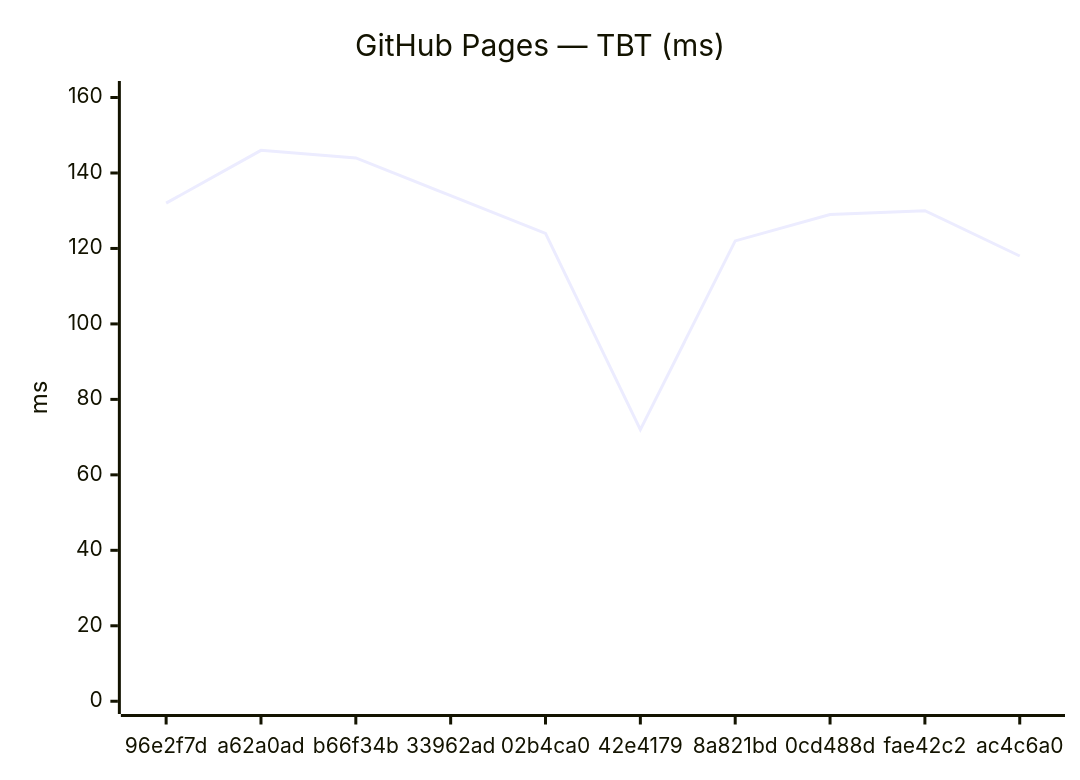
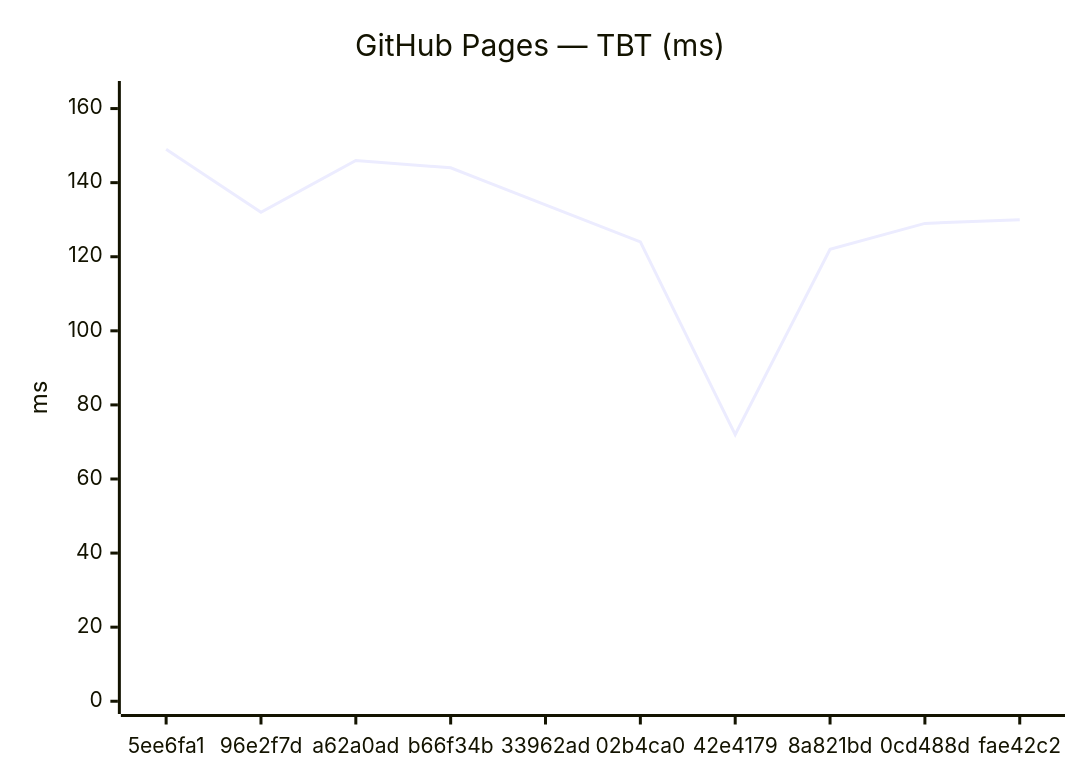
One commit to Metaheurist/Rianell changed the fourth of 18 diagrams in benchmarks/compare.md. Above: the diagram before and after it, drawn with Mermaid. The commit also changed other lines of this file and 11 other files, not shown here.

````diff
--- a/benchmarks/compare.md
+++ b/benchmarks/compare.md
@@ -61,7 +61,7 @@
 ```mermaid
 xychart-beta
     title "GitHub Pages — TBT (ms)"
-    x-axis ["96e2f7d", "a62a0ad", "b66f34b", "33962ad", "02b4ca0", "42e4179", "8a821bd", "0cd488d", "fae42c2", "ac4c6a0"]
-    y-axis "ms" 0 --> 161
-    line [132, 146, 144, 134, 124, 72, 122, 129, 130, 118]
+    x-axis ["5ee6fa1", "96e2f7d", "a62a0ad", "b66f34b", "33962ad", "02b4ca0", "42e4179", "8a821bd", "0cd488d", "fae42c2"]
+    y-axis "ms" 0 --> 164
+    line [149, 132, 146, 144, 134, 124, 72, 122, 129, 130]
 ```
````
